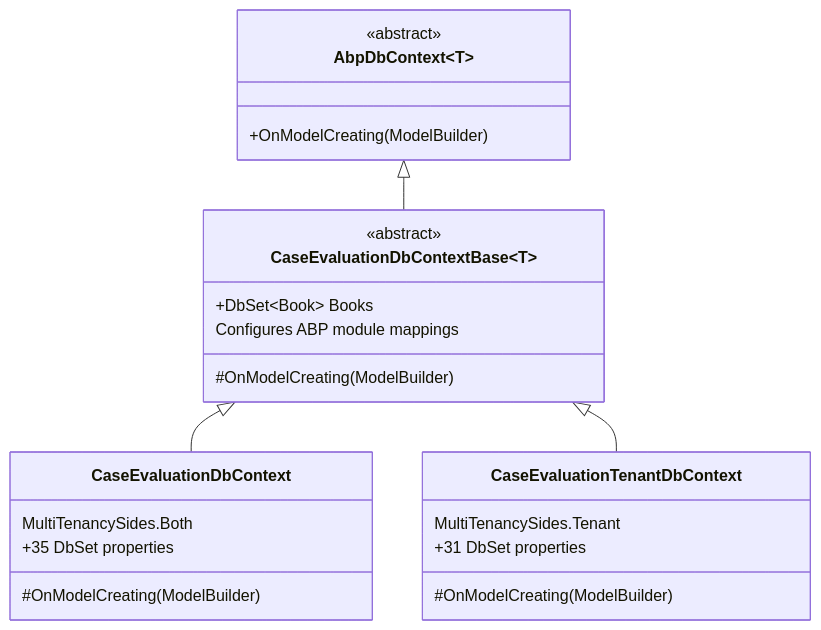
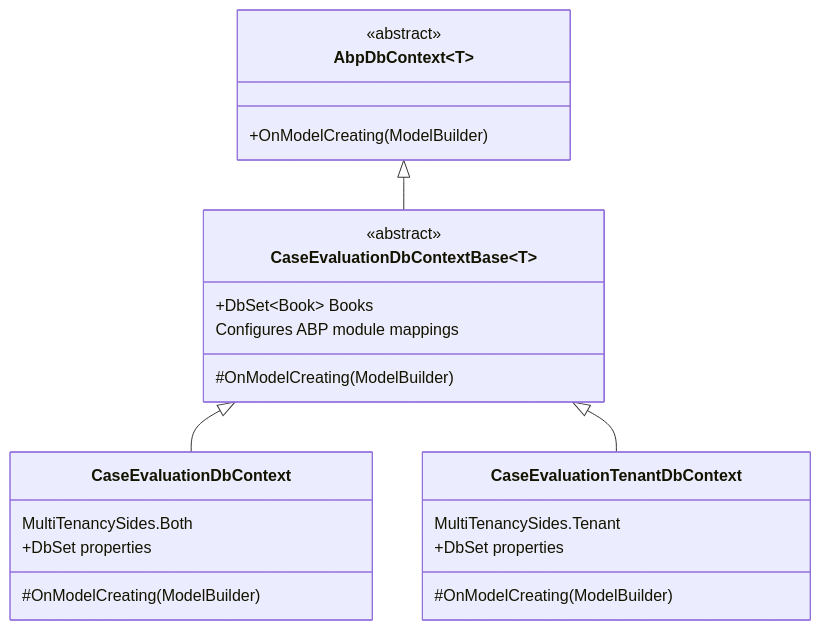
One commit to gesco-healthcare-support/hcs-patient-portal changed the first of 2 diagrams in docs/database/EF-CORE-DESIGN.md. Above: the diagram before and after it, drawn with Mermaid. The commit also changed other lines of this file and 21 other files, not shown here.

````diff
--- a/docs/database/EF-CORE-DESIGN.md
+++ b/docs/database/EF-CORE-DESIGN.md
@@ -20,27 +20,27 @@
 ```mermaid
 classDiagram
     class AbpDbContext~T~ {
         <<abstract>>
         +OnModelCreating(ModelBuilder)
     }
     class CaseEvaluationDbContextBase~T~ {
         <<abstract>>
         +DbSet~Book~ Books
         #OnModelCreating(ModelBuilder)
         Configures ABP module mappings
     }
     class CaseEvaluationDbContext {
         MultiTenancySides.Both
-        +35 DbSet properties
+        +DbSet properties
         #OnModelCreating(ModelBuilder)
     }
     class CaseEvaluationTenantDbContext {
         MultiTenancySides.Tenant
-        +31 DbSet properties
+        +DbSet properties
         #OnModelCreating(ModelBuilder)
     }
 
     AbpDbContext~T~ <|-- CaseEvaluationDbContextBase~T~
     CaseEvaluationDbContextBase~T~ <|-- CaseEvaluationDbContext
     CaseEvaluationDbContextBase~T~ <|-- CaseEvaluationTenantDbContext
 ```
````
